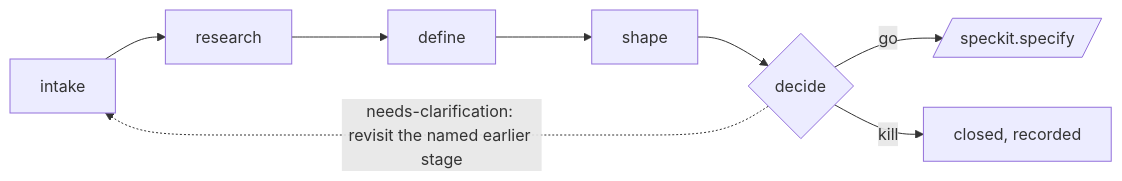
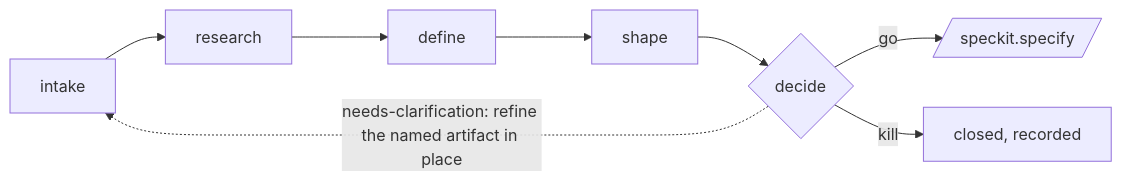
The diagram in extensions/assess/README.md (github/spec-kit), drawn with Mermaid before and after one commit. The commit also changed other lines of this file and 1 other file, not shown here.

First line of the commit message:
docs: resolve assess clarifications by editing artifacts in place

````diff
--- a/extensions/assess/README.md
+++ b/extensions/assess/README.md
@@ -24,7 +24,7 @@
 ```mermaid
 flowchart LR
     A[intake] --> R[research] --> D[define] --> S[shape] --> C{decide}
     C -->|go| SPEC[/speckit.specify/]
     C -->|kill| X[closed, recorded]
-    C -.->|needs-clarification: revisit the named earlier stage| A
+    C -.->|needs-clarification: refine the named artifact in place| A
 ```
````
